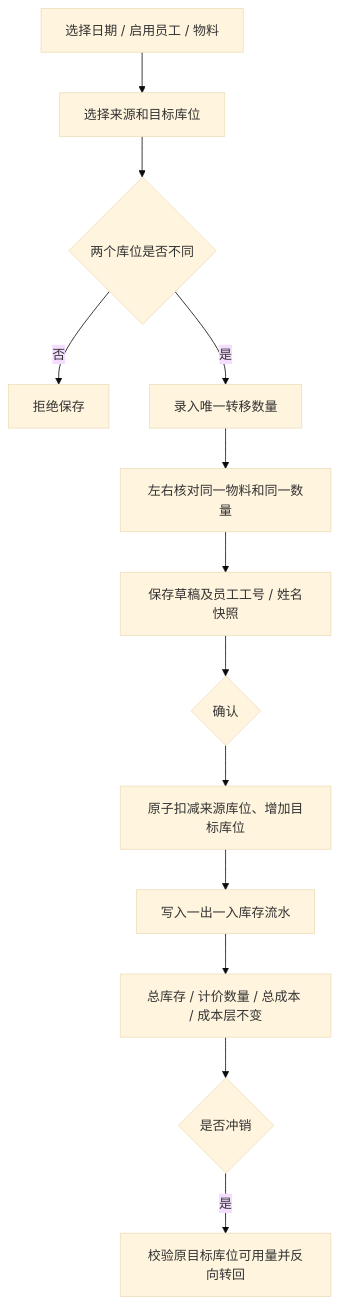
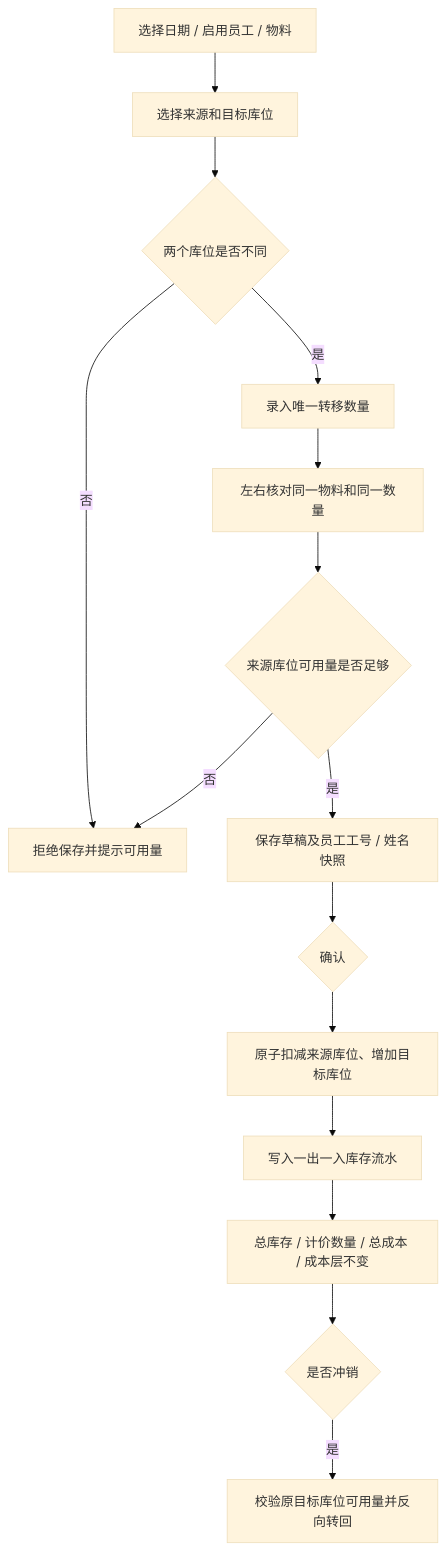
Diagram 11 of 17 in docs/minierp/system-function-flow.md (goldf2/mes-lite), drawn with Mermaid (base theme) before and after one commit. The commit also changed other lines of this file and 12 other files, not shown here.

````diff
--- a/docs/minierp/system-function-flow.md
+++ b/docs/minierp/system-function-flow.md
@@ -360,15 +362,17 @@
 ```mermaid
 flowchart TD
   A["选择日期 / 启用员工 / 物料"] --> B["选择来源和目标库位"]
   B --> C{"两个库位是否不同"}
   C -->|否| X["拒绝保存"]
   C -->|是| D["录入唯一转移数量"]
   D --> E["左右核对同一物料和同一数量"]
-  E --> F["保存草稿及员工工号 / 姓名快照"]
+  E --> V{"来源库位可用量是否足够"}
+  V -->|否| X["拒绝保存并提示可用量"]
+  V -->|是| F["保存草稿及员工工号 / 姓名快照"]
   F --> G{"确认"}
   G --> H["原子扣减来源库位、增加目标库位"]
   H --> I["写入一出一入库存流水"]
   I --> J["总库存 / 计价数量 / 总成本 / 成本层不变"]
   J --> K{"是否冲销"}
   K -->|是| L["校验原目标库位可用量并反向转回"]
 ```
````
